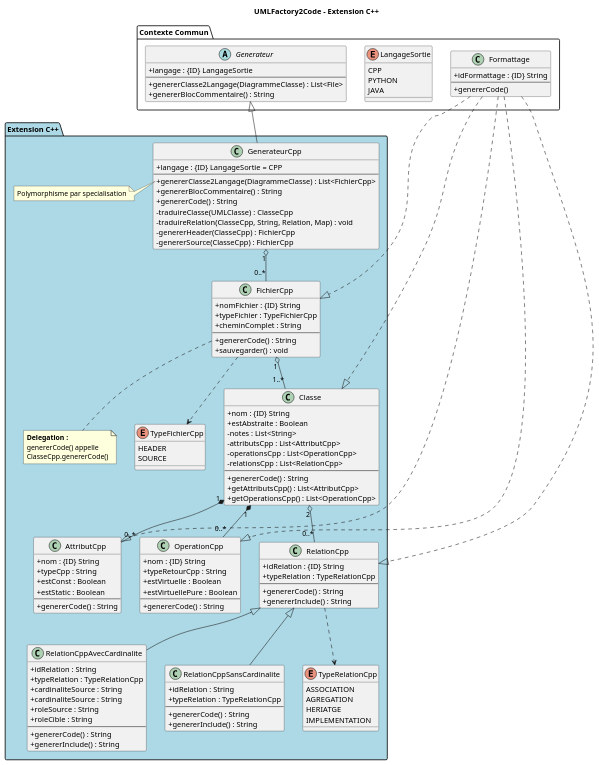
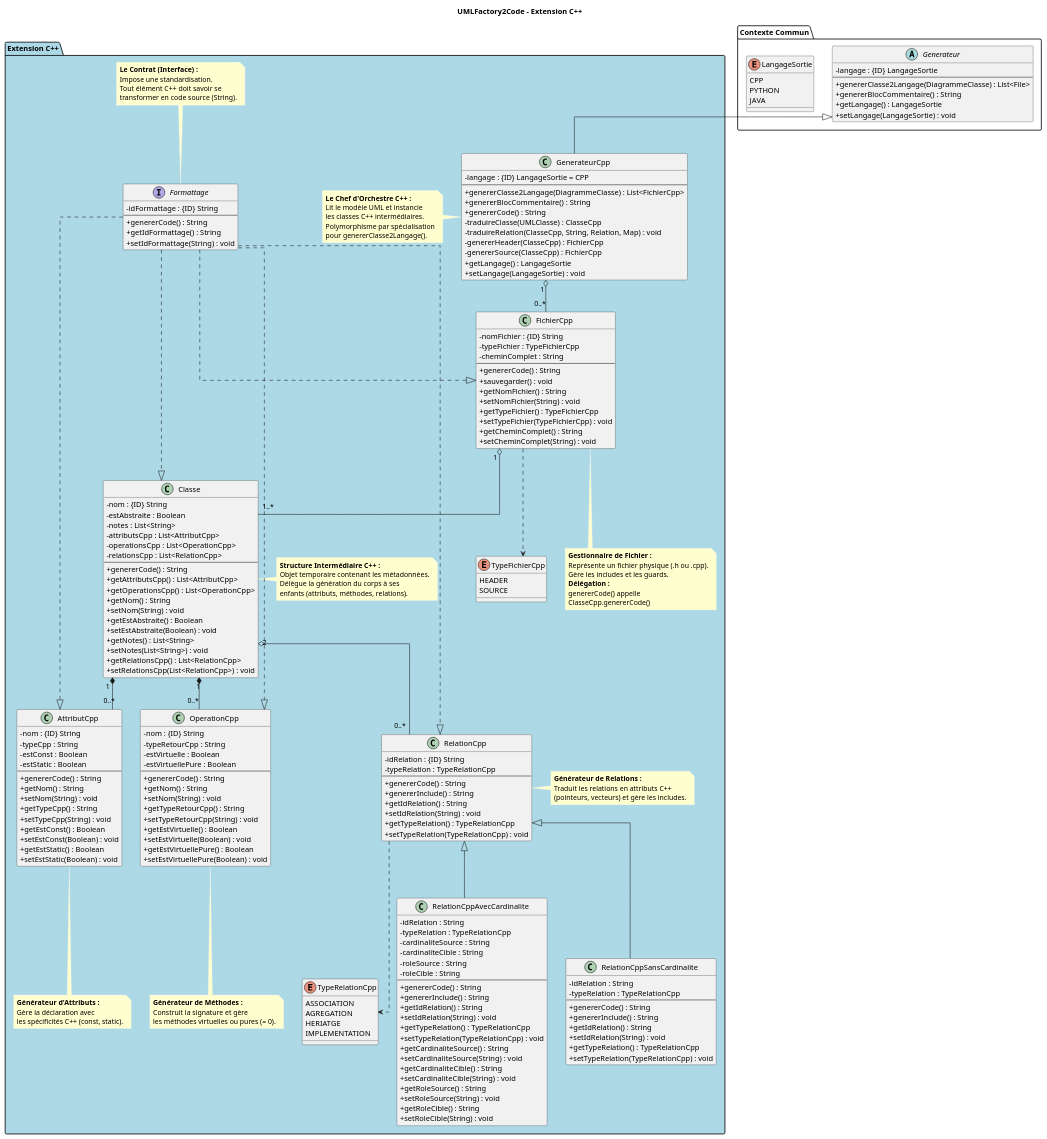
One commit to RasdaCorentin/PlantUML2Code changed the diagram in doc/fichier_puml/diagramme_generateur_cpp.puml. Above: the diagram before and after it, drawn with PlantUML. The commit also changed 5 other files, not shown here.

Commit message:
Ajout encapsulation cpp et commentaire puml pour V2 et rendu

```diff
--- a/doc/fichier_puml/diagramme_generateur_cpp.puml
+++ b/doc/fichier_puml/diagramme_generateur_cpp.puml
@@ -1,15 +1,20 @@
 @startuml
 title UMLFactory2Code - Extension C++
 skinparam classAttributeIconSize 0
+skinparam noteBackgroundColor #FEFECE
+skinparam noteBorderColor #F8F8F8
+skinparam linetype ortho
 
 ' --- Rappel du contexte commun ---
 package "Contexte Commun" {
 
   abstract class Generateur {
-    +langage : {ID} LangageSortie
+    -langage : {ID} LangageSortie
     ---
     +genererClasse2Langage(DiagrammeClasse) : List<File>
     +genererBlocCommentaire() : String
+    +getLangage() : LangageSortie
+    +setLangage(LangageSortie) : void
   }
 
   enum LangageSortie {
@@ -17,18 +22,28 @@
     PYTHON
     JAVA
   }
-  class Formattage {
-    +idFormattage : {ID} String
-    ---
-    +genererCode()
-  }
 }
 
 package "Extension C++" #LightBlue {
 
+  ' --- Interface Formattage ---
+  interface Formattage {
+    -idFormattage : {ID} String
+    ---
+    +genererCode() : String
+    +getIdFormattage() : String
+    +setIdFormattage(String) : void
+  }
+  note top of Formattage
+    <b>Le Contrat (Interface) :</b>
+    Impose une standardisation.
+    Tout élément C++ doit savoir se 
+    transformer en code source (String).
+  end note
+
   ' --- GenerateurCpp ---
   class GenerateurCpp {
-    +langage : {ID} LangageSortie = CPP
+    -langage : {ID} LangageSortie = CPP
     ---
     +genererClasse2Langage(DiagrammeClasse) : List<FichierCpp>
     +genererBlocCommentaire() : String
@@ -37,32 +52,47 @@
     -traduireRelation(ClasseCpp, String, Relation, Map) : void
     -genererHeader(ClasseCpp) : FichierCpp
     -genererSource(ClasseCpp) : FichierCpp
+    +getLangage() : LangageSortie
+    +setLangage(LangageSortie) : void
   }
 
-  note left of GenerateurCpp::genererClasse2Langage
-    Polymorphisme par specialisation
+  note left of GenerateurCpp
+    <b>Le Chef d'Orchestre C++ :</b>
+    Lit le modèle UML et instancie
+    les classes C++ intermédiaires.
+    Polymorphisme par spécialisation
+    pour genererClasse2Langage().
   end note
 
   ' --- FichierCpp ---
   class FichierCpp {
-    +nomFichier : {ID} String
-    +typeFichier : TypeFichierCpp
-    +cheminComplet : String
+    -nomFichier : {ID} String
+    -typeFichier : TypeFichierCpp
+    -cheminComplet : String
     ---
     +genererCode() : String
     +sauvegarder() : void
+    +getNomFichier() : String
+    +setNomFichier(String) : void
+    +getTypeFichier() : TypeFichierCpp
+    +setTypeFichier(TypeFichierCpp) : void
+    +getCheminComplet() : String
+    +setCheminComplet(String) : void
   }
 
   note bottom of FichierCpp
-    <b>Delegation :</b>
+    <b>Gestionnaire de Fichier :</b>
+    Représente un fichier physique (.h ou .cpp).
+    Gère les includes et les guards.
+    <b>Délégation :</b>
     genererCode() appelle
     ClasseCpp.genererCode()
   end note
 
   ' --- ClasseCpp ---
   class "Classe" as ClasseCpp {
-    +nom : {ID} String
-    +estAbstraite : Boolean
+    -nom : {ID} String
+    -estAbstraite : Boolean
     -notes : List<String>
     -attributsCpp : List<AttributCpp>
     -operationsCpp : List<OperationCpp>
@@ -71,56 +101,121 @@
     +genererCode() : String
     +getAttributsCpp() : List<AttributCpp>
     +getOperationsCpp() : List<OperationCpp>
+    +getNom() : String
+    +setNom(String) : void
+    +getEstAbstraite() : Boolean
+    +setEstAbstraite(Boolean) : void
+    +getNotes() : List<String>
+    +setNotes(List<String>) : void
+    +getRelationsCpp() : List<RelationCpp>
+    +setRelationsCpp(List<RelationCpp>) : void
   }
+  note right of ClasseCpp
+    <b>Structure Intermédiaire C++ :</b>
+    Objet temporaire contenant les métadonnées.
+    Délègue la génération du corps à ses
+    enfants (attributs, méthodes, relations).
+  end note
 
   ' --- AttributCpp ---
   class AttributCpp {
-    +nom : {ID} String
-    +typeCpp : String
-    +estConst : Boolean
-    +estStatic : Boolean
+    -nom : {ID} String
+    -typeCpp : String
+    -estConst : Boolean
+    -estStatic : Boolean
     ---
     +genererCode() : String
+    +getNom() : String
+    +setNom(String) : void
+    +getTypeCpp() : String
+    +setTypeCpp(String) : void
+    +getEstConst() : Boolean
+    +setEstConst(Boolean) : void
+    +getEstStatic() : Boolean
+    +setEstStatic(Boolean) : void
   }
+  note bottom of AttributCpp
+    <b>Générateur d'Attributs :</b>
+    Gère la déclaration avec
+    les spécificités C++ (const, static).
+  end note
 
   ' --- OperationCpp ---
   class OperationCpp {
-    +nom : {ID} String
-    +typeRetourCpp : String
-    +estVirtuelle : Boolean
-    +estVirtuellePure : Boolean
+    -nom : {ID} String
+    -typeRetourCpp : String
+    -estVirtuelle : Boolean
+    -estVirtuellePure : Boolean
     ---
     +genererCode() : String
+    +getNom() : String
+    +setNom(String) : void
+    +getTypeRetourCpp() : String
+    +setTypeRetourCpp(String) : void
+    +getEstVirtuelle() : Boolean
+    +setEstVirtuelle(Boolean) : void
+    +getEstVirtuellePure() : Boolean
+    +setEstVirtuellePure(Boolean) : void
   }
+  note bottom of OperationCpp
+    <b>Générateur de Méthodes :</b>
+    Construit la signature et gère
+    les méthodes virtuelles ou pures (= 0).
+  end note
 
   ' --- RelationCpp ---
   class RelationCpp {
-    +idRelation : {ID} String
-    +typeRelation : TypeRelationCpp
+    -idRelation : {ID} String
+    -typeRelation : TypeRelationCpp
     ---
     +genererCode() : String
     +genererInclude() : String
+    +getIdRelation() : String
+    +setIdRelation(String) : void
+    +getTypeRelation() : TypeRelationCpp
+    +setTypeRelation(TypeRelationCpp) : void
   }
+  note right of RelationCpp
+    <b>Générateur de Relations :</b>
+    Traduit les relations en attributs C++
+    (pointeurs, vecteurs) et gère les includes.
+  end note
 
   class RelationCppAvecCardinalite {
-    +idRelation : String
-    +typeRelation : TypeRelationCpp
-    +cardinaliteSource : String
-    +cardinaliteSource : String
-    +roleSource : String
-    +roleCible : String
+    -idRelation : String
+    -typeRelation : TypeRelationCpp
+    -cardinaliteSource : String
+    -cardinaliteCible : String
+    -roleSource : String
+    -roleCible : String
     ---
     +genererCode() : String
     +genererInclude() : String
+    +getIdRelation() : String
+    +setIdRelation(String) : void
+    +getTypeRelation() : TypeRelationCpp
+    +setTypeRelation(TypeRelationCpp) : void
+    +getCardinaliteSource() : String
+    +setCardinaliteSource(String) : void
+    +getCardinaliteCible() : String
+    +setCardinaliteCible(String) : void
+    +getRoleSource() : String
+    +setRoleSource(String) : void
+    +getRoleCible() : String
+    +setRoleCible(String) : void
   }
 
   ' --- Implementation ---
   class RelationCppSansCardinalite {
-    +idRelation : String
-    +typeRelation : TypeRelationCpp
+    -idRelation : String
+    -typeRelation : TypeRelationCpp
     ---
     +genererCode() : String
     +genererInclude() : String
+    +getIdRelation() : String
+    +setIdRelation(String) : void
+    +getTypeRelation() : TypeRelationCpp
+    +setTypeRelation(TypeRelationCpp) : void
   }
 
 
```
